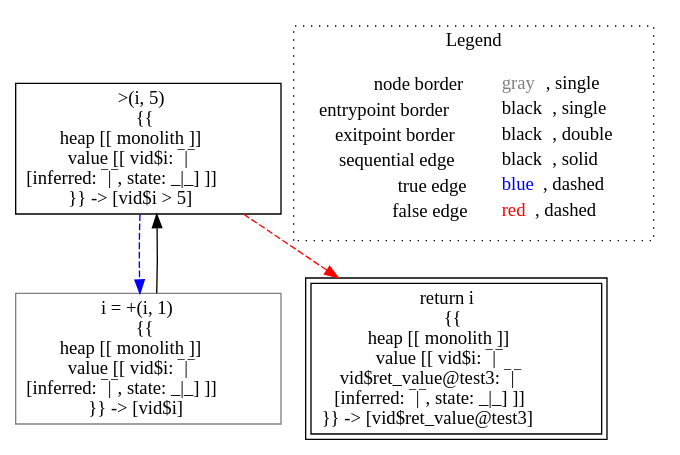
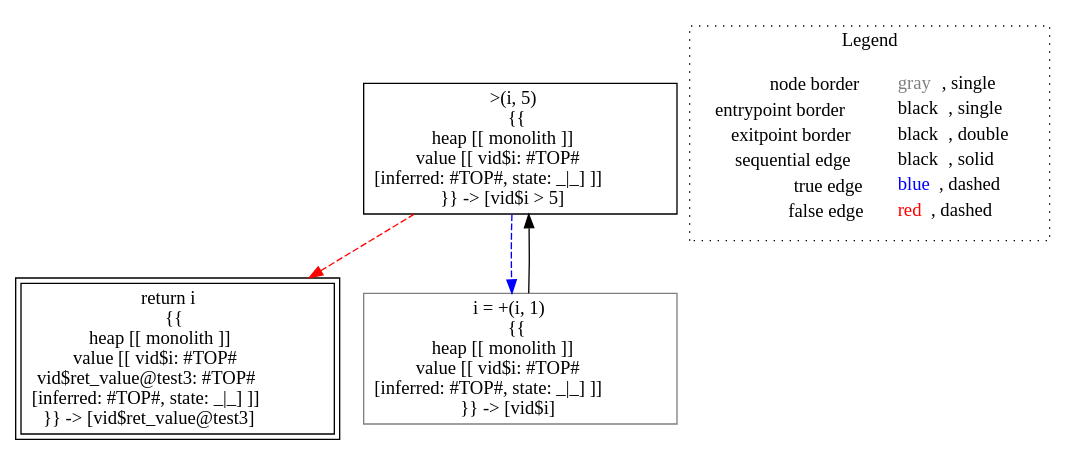
Before and after one commit to lisa-analyzer/lisa: the diagram in lisa/imp-testcases/type-inference/typing___untyped_typing.test3(untyped_i).dot, drawn with Graphviz. The commit also changed 30 other files, not shown here.

```diff
--- a/lisa/imp-testcases/type-inference/typing___untyped_typing.test3(untyped_i).dot
+++ b/lisa/imp-testcases/type-inference/typing___untyped_typing.test3(untyped_i).dot
@@ -1,15 +1,15 @@
 digraph {
-	"node0" [shape="rect",color="black",label=<&gt;(i, 5)<BR/>{{<BR/>heap [[ monolith ]]<BR/>value [[ vid$i: &oline;|&oline;<BR/>[inferred: &oline;|&oline;, state: _|_] ]]<BR/>}} -&gt; [vid$i &gt; 5]>];
-	"node1" [shape="rect",color="gray",label=<i = +(i, 1)<BR/>{{<BR/>heap [[ monolith ]]<BR/>value [[ vid$i: &oline;|&oline;<BR/>[inferred: &oline;|&oline;, state: _|_] ]]<BR/>}} -&gt; [vid$i]>];
-	"node2" [shape="rect",color="black",peripheries="2",label=<return i<BR/>{{<BR/>heap [[ monolith ]]<BR/>value [[ vid$i: &oline;|&oline;<BR/>vid$ret_value@test3: &oline;|&oline;<BR/>[inferred: &oline;|&oline;, state: _|_] ]]<BR/>}} -&gt; [vid$ret_value@test3]>];
-	"node1" -> "node0" [color="black"];
-	"node0" -> "node1" [color="blue",style="dashed"];
-	"node0" -> "node2" [color="red",style="dashed"];
+	"node0" [shape="rect",color="black",label=<&gt;(i, 5)<BR/>{{<BR/>heap [[ monolith ]]<BR/>value [[ vid$i: #TOP#<BR/>[inferred: #TOP#, state: _|_] ]]<BR/>}} -&gt; [vid$i &gt; 5]>];
+	"node1" [shape="rect",color="black",peripheries="2",label=<return i<BR/>{{<BR/>heap [[ monolith ]]<BR/>value [[ vid$i: #TOP#<BR/>vid$ret_value@test3: #TOP#<BR/>[inferred: #TOP#, state: _|_] ]]<BR/>}} -&gt; [vid$ret_value@test3]>];
+	"node2" [shape="rect",color="gray",label=<i = +(i, 1)<BR/>{{<BR/>heap [[ monolith ]]<BR/>value [[ vid$i: #TOP#<BR/>[inferred: #TOP#, state: _|_] ]]<BR/>}} -&gt; [vid$i]>];
+	"node0" -> "node1" [color="red",style="dashed"];
+	"node0" -> "node2" [color="blue",style="dashed"];
+	"node2" -> "node0" [color="black"];
 subgraph cluster_legend {
 	label="Legend";
 	style=dotted;
 	node [shape=plaintext];
 	"legend" [label=<<table border="0" cellpadding="2" cellspacing="0" cellborder="0"><tr><td align="right">node border&nbsp;</td><td align="left"><font color="gray">gray</font>, single</td></tr><tr><td align="right">entrypoint border&nbsp;</td><td align="left"><font color="black">black</font>, single</td></tr><tr><td align="right">exitpoint border&nbsp;</td><td align="left"><font color="black">black</font>, double</td></tr><tr><td align="right">sequential edge&nbsp;</td><td align="left"><font color="black">black</font>, solid</td></tr><tr><td align="right">true edge&nbsp;</td><td align="left"><font color="blue">blue</font>, dashed</td></tr><tr><td align="right">false edge&nbsp;</td><td align="left"><font color="red">red</font>, dashed</td></tr></table>>];
 }
 
 }
```
